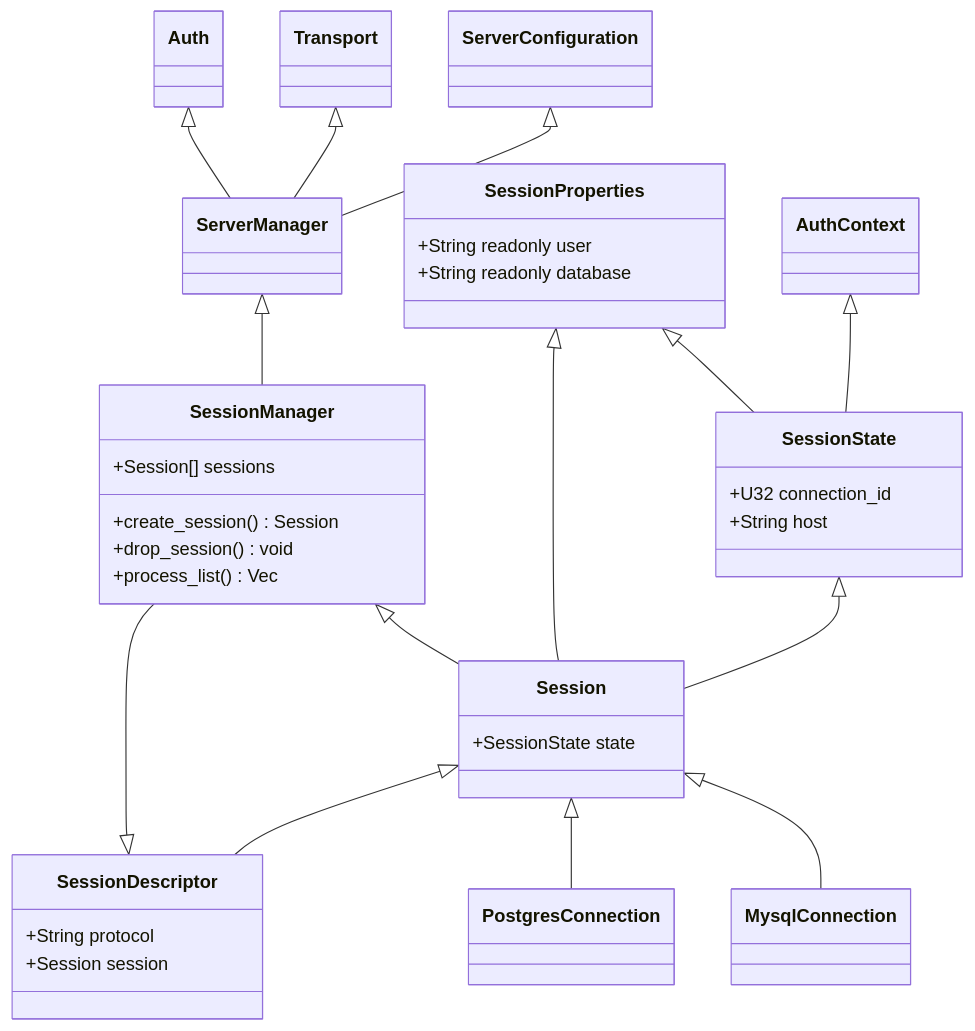
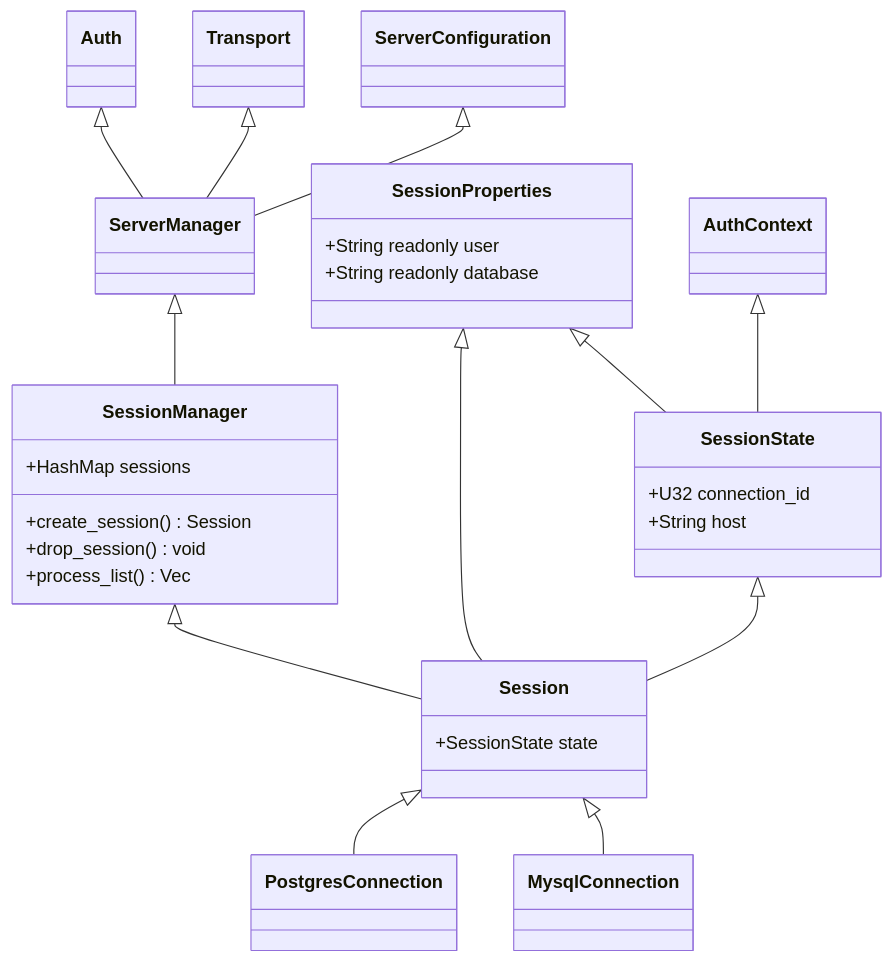
One commit to cube-js/cube changed the first of 2 diagrams in rust/cubesql/DEVELOPMENT.md. Above: the diagram before and after it, drawn with Mermaid. The commit also changed 2 other files, not shown here.

Commit message:
simplify

````diff
--- a/rust/cubesql/DEVELOPMENT.md
+++ b/rust/cubesql/DEVELOPMENT.md
@@ -29,48 +29,41 @@
 ```mermaid
 classDiagram
     ServerConfiguration <|-- ServerManager
     Transport <|-- ServerManager
     Auth <|-- ServerManager
     class ServerManager {
     }
 
     ServerManager <|-- SessionManager
-    SessionDescriptor <|-- SessionManager
     class SessionManager{
-        +Session[] sessions
+        +HashMap<u32, Session> sessions
         +create_session() Session
         +drop_session() void
         +process_list() Vec<SessionProcessList>
     }
 
     Session <|-- MysqlConnection
     Session <|-- PostgresConnection
-
-    Session <|-- SessionDescriptor
-    class SessionDescriptor{
-        +String protocol
-        +Session session
-    }
 
     class Session {
         +SessionState state
     }
 
     class SessionProperties{
         +String readonly user
         +String readonly database
     }
 
     SessionProperties <|-- SessionState
     AuthContext <|-- SessionState
     class SessionState{
         +U32 connection_id
         +String host
     }
 
     SessionState <|-- Session
     SessionProperties <|-- Session
     SessionManager <|-- Session
     class Session{
     }
 ```
````
